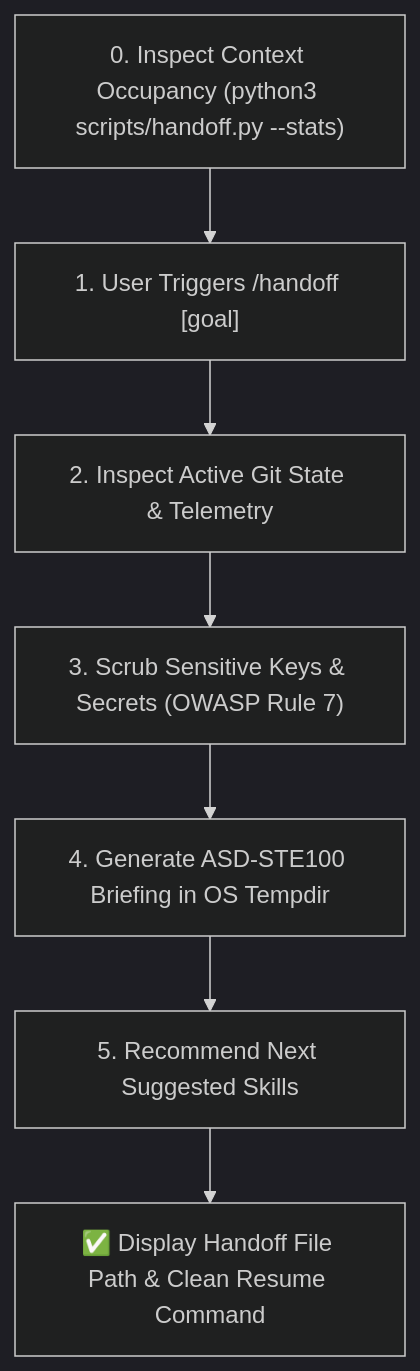
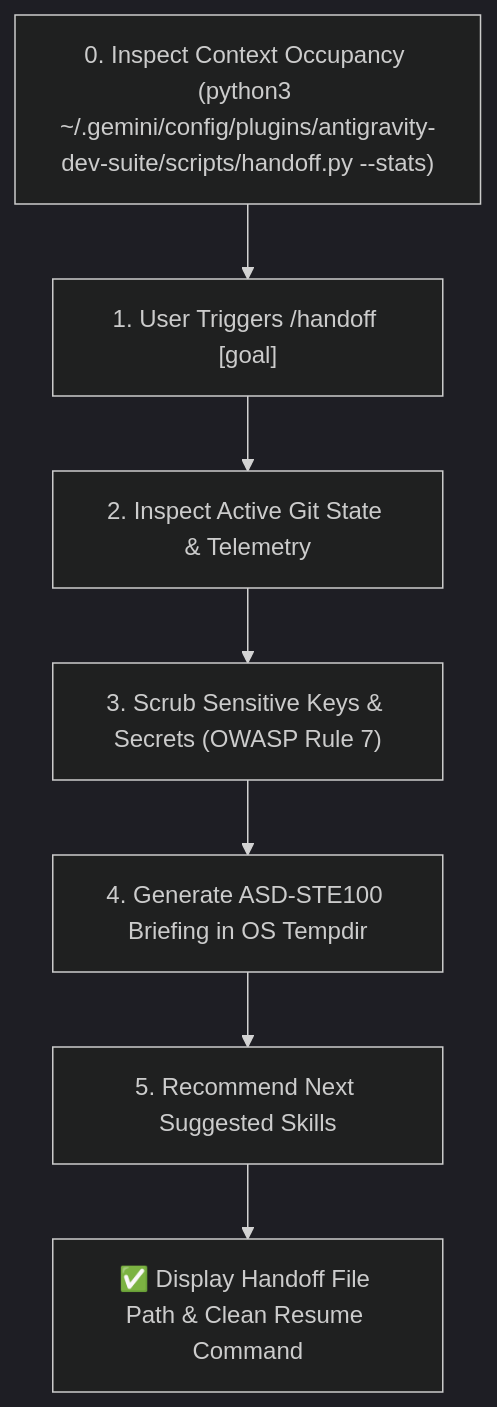
One commit to pubule/antigravity-dev-suite changed the diagram in templates/project-git-template/.agents/skills/handoff/SKILL.md. Above: the diagram before and after it, drawn with Mermaid (dark theme). The commit also changed other lines of this file and 43 other files, not shown here.

````diff
--- a/templates/project-git-template/.agents/skills/handoff/SKILL.md
+++ b/templates/project-git-template/.agents/skills/handoff/SKILL.md
@@ -14,9 +16,9 @@
 ```mermaid
 flowchart TD
-    H0["0. Inspect Context Occupancy (python3 scripts/handoff.py --stats)"] --> H1["1. User Triggers /handoff [goal]"]
+    H0["0. Inspect Context Occupancy (python3 ~/.gemini/config/plugins/antigravity-dev-suite/scripts/handoff.py --stats)"] --> H1["1. User Triggers /handoff [goal]"]
     H1 --> H2["2. Inspect Active Git State & Telemetry"]
     H2 --> H3["3. Scrub Sensitive Keys & Secrets (OWASP Rule 7)"]
     H3 --> H4["4. Generate ASD-STE100 Briefing in OS Tempdir"]
     H4 --> H5["5. Recommend Next Suggested Skills"]
     H5 --> Done["✅ Display Handoff File Path & Clean Resume Command"]
 ```
````
